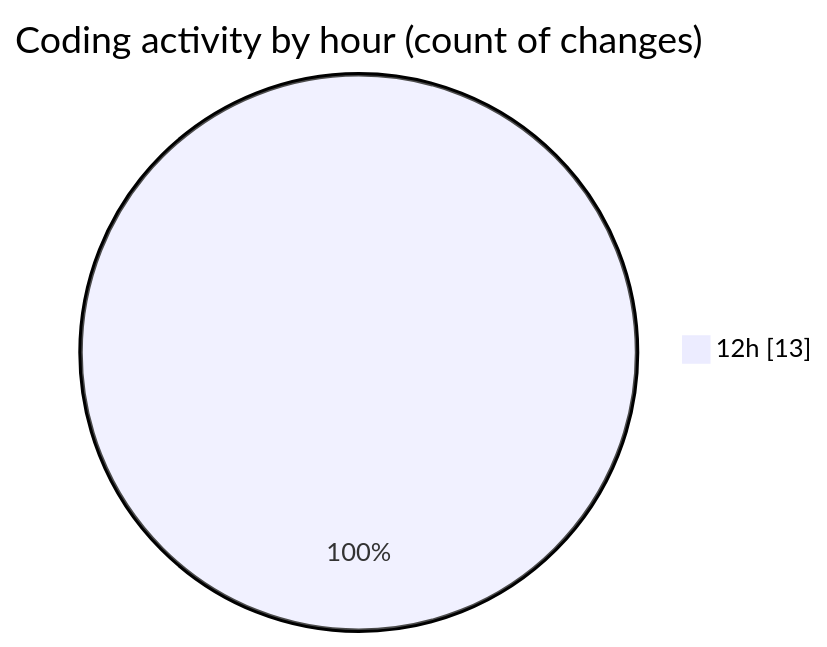
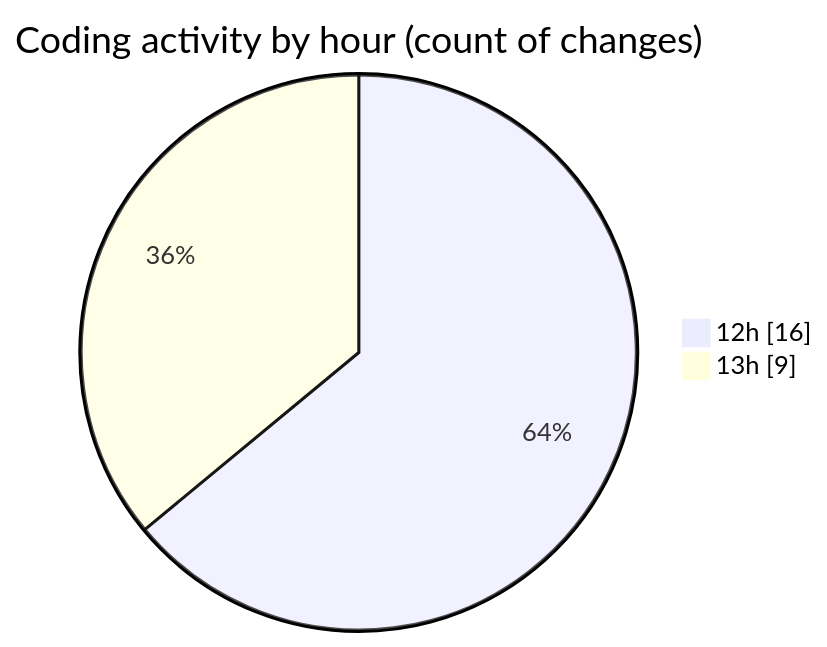
Before and after one commit to nxtqubesakshisongat/code-tracking: the second of 2 diagrams in 2025-06-27/nxtqube_webapp/README.md, drawn with Mermaid. The commit also changed other lines of this file and 1 other file, not shown here.

````diff
--- a/2025-06-27/nxtqube_webapp/README.md
+++ b/2025-06-27/nxtqube_webapp/README.md
@@ -30,5 +30,6 @@
 ```mermaid
 pie showData
 title Coding activity by hour (count of changes)
-"12h" : 13
+"12h" : 16
+"13h" : 9
 ```
````
